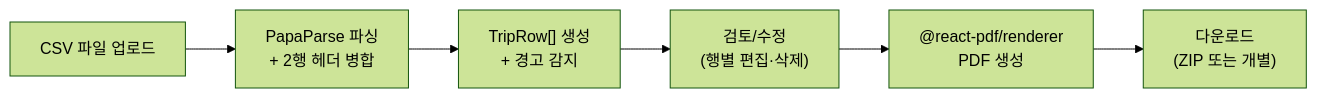
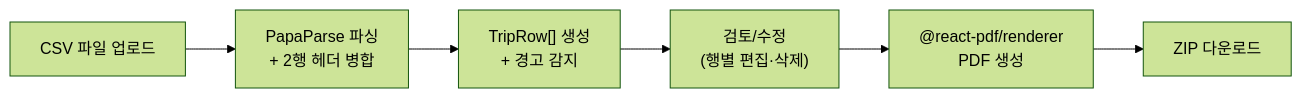
Before and after one commit to jaehyunlee-iportfolio/school-team-fighting: the first of 4 diagrams in README.md, drawn with Mermaid (forest theme). The commit also changed other lines of this file, not shown here.

````diff
--- a/README.md
+++ b/README.md
@@ -27,11 +28,11 @@
 ```mermaid
 flowchart LR
     CSV["CSV 파일 업로드"]
     Parse["PapaParse 파싱\n+ 2행 헤더 병합"]
     Rows["TripRow[] 생성\n+ 경고 감지"]
     Review["검토/수정\n(행별 편집·삭제)"]
     PDF["@react-pdf/renderer\nPDF 생성"]
-    Out["다운로드\n(ZIP 또는 개별)"]
+    Out["ZIP 다운로드"]
 
     CSV --> Parse --> Rows --> Review --> PDF --> Out
 ```
````
